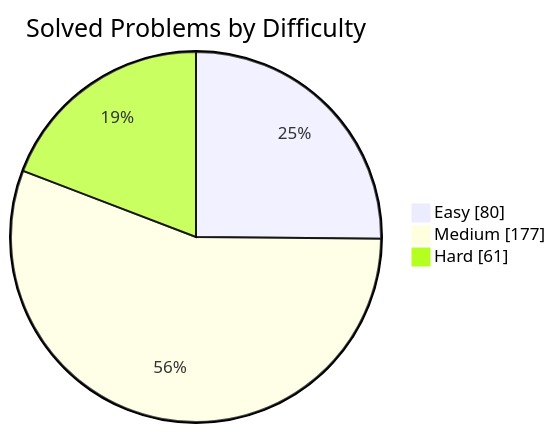
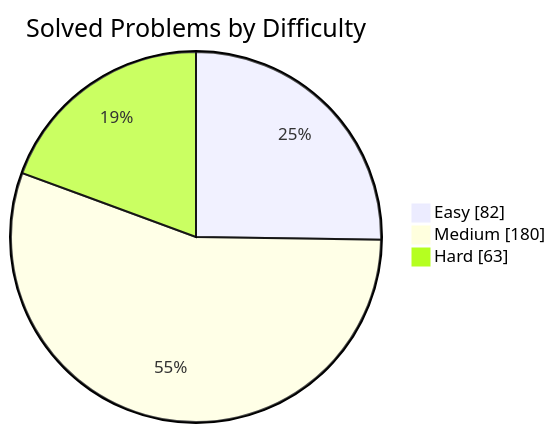
One commit to manikantbindass/DSA-Preparation-FAANG changed the first of 2 diagrams in README.md. Above: the diagram before and after it, drawn with Mermaid. The commit also changed other lines of this file and 1 other file, not shown here.

````diff
--- a/README.md
+++ b/README.md
@@ -77,7 +77,7 @@
 ```mermaid
 pie showData
     title Solved Problems by Difficulty
-    "Easy" : 80
-    "Medium" : 177
-    "Hard" : 61
+    "Easy" : 82
+    "Medium" : 180
+    "Hard" : 63
 ```
````
